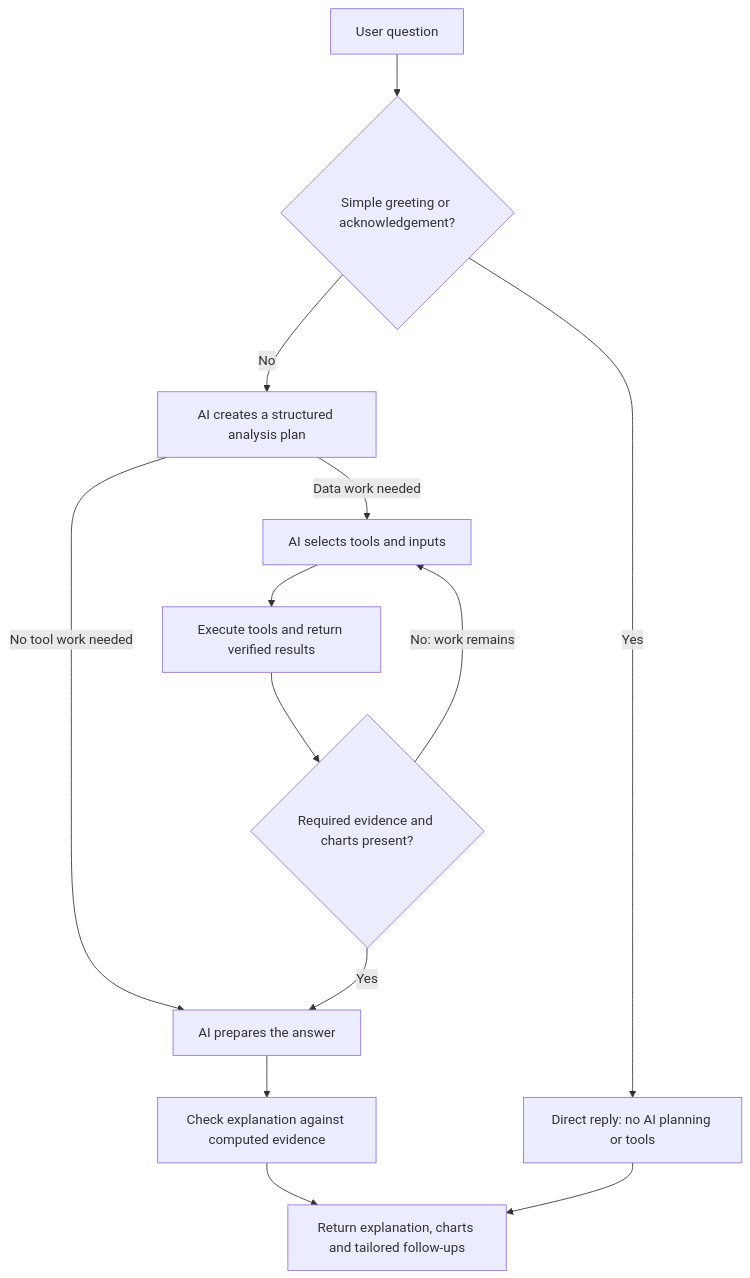
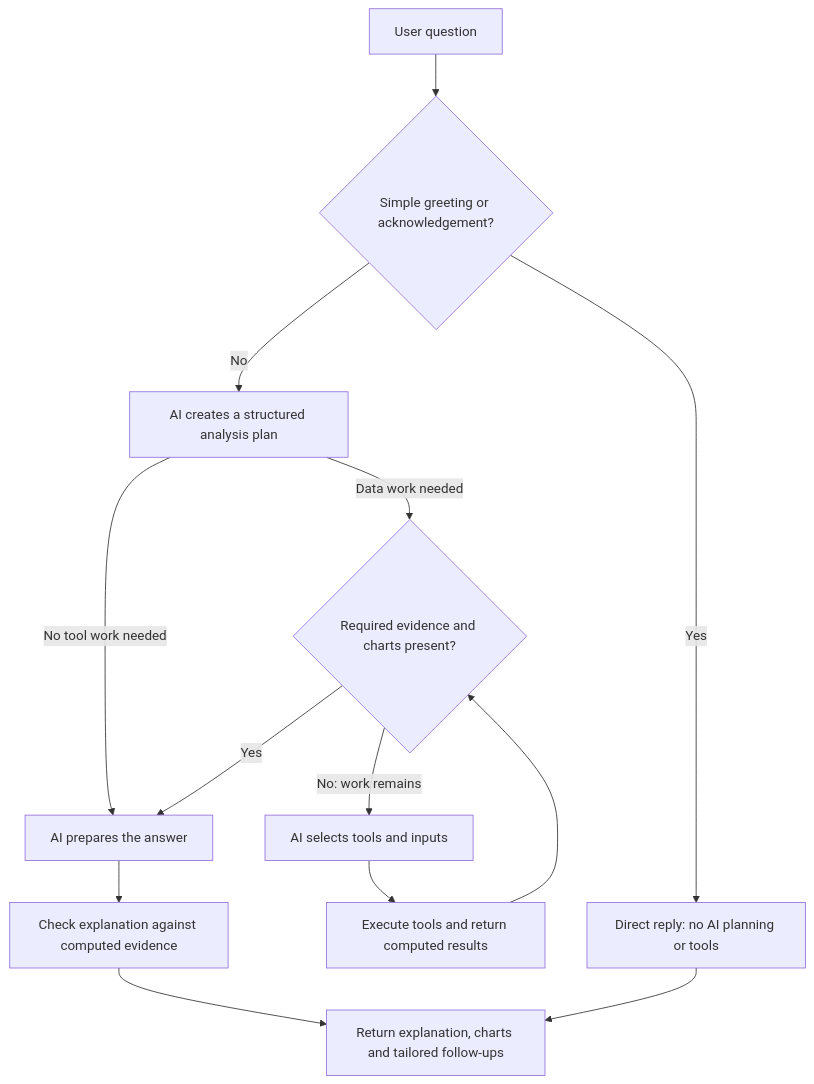
One commit to abdullahaarifshaikh/Health_Data_Visualizer changed the diagram in docs/architecture.md. Above: the diagram before and after it, drawn with Mermaid. The commit also changed other lines of this file, not shown here.

Commit message:
Finalize AI architecture diagram and verified flow documentation

````diff
--- a/docs/architecture.md
+++ b/docs/architecture.md
@@ -7,15 +7,15 @@
 ```mermaid
 flowchart TD
     Q[User question] --> U{Simple greeting or acknowledgement?}
     U -->|Yes| S[Direct reply: no AI planning or tools]
     U -->|No| P[AI creates a structured analysis plan]
     P -->|No tool work needed| F[AI prepares the answer]
-    P -->|Data work needed| A[AI selects tools and inputs]
-    A --> T[Execute tools and return verified results]
-    T --> C{Required evidence and charts present?}
-    C -->|No: work remains| A
+    P -->|Data work needed| C{Required evidence and charts present?}
+    C -->|No: work remains| A[AI selects tools and inputs]
+    A --> T[Execute tools and return computed results]
+    T --> C
     C -->|Yes| F
     F --> V[Check explanation against computed evidence]
     V --> R[Return explanation, charts and tailored follow-ups]
     S --> R
 ```
````
